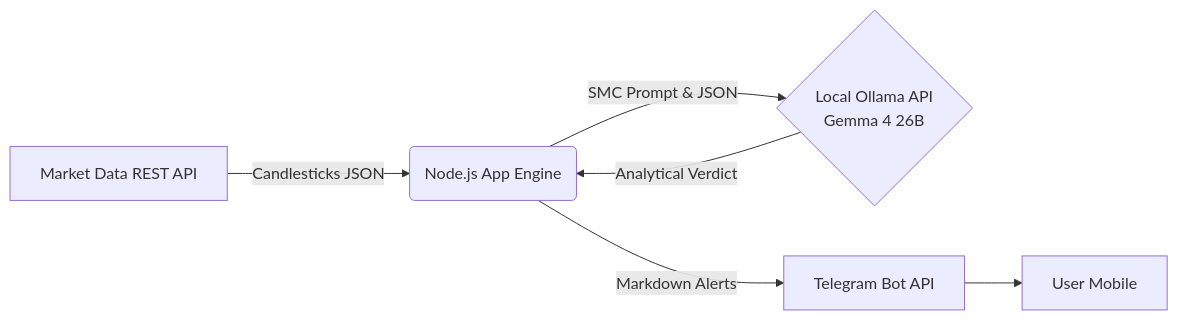
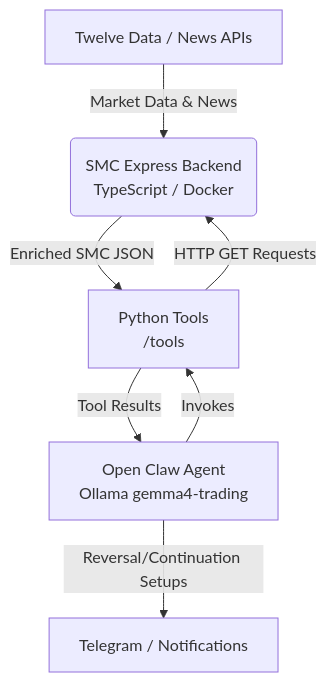
One commit to SynytsinA/SMC-Sentinel changed the diagram in README.md. Above: the diagram before and after it, drawn with Mermaid. The commit also changed other lines of this file and 1 other file, not shown here.

Commit message:
docs: update README and package description for Open Claw integration

````diff
--- a/README.md
+++ b/README.md
@@ -30,8 +26,9 @@
 ```mermaid
-graph LR
-    A[Market Data REST API] -->|Candlesticks JSON| B(Node.js App Engine)
-    B -->|SMC Prompt & JSON| C{Local Ollama API\nGemma 4 26B}
-    C -->|Analytical Verdict| B
-    B -->|Markdown Alerts| D[Telegram Bot API]
-    D --> E[User Mobile]
+graph TD
+    A[Twelve Data / News APIs] -->|Market Data & News| B(SMC Express Backend\nTypeScript / Docker)
+    C[Open Claw Agent\nOllama gemma4-trading] -->|Invokes| D[Python Tools\n/tools]
+    D -->|HTTP GET Requests| B
+    B -->|Enriched SMC JSON| D
+    D -->|Tool Results| C
+    C -->|Reversal/Continuation Setups| E[Telegram / Notifications]
 ```
````
